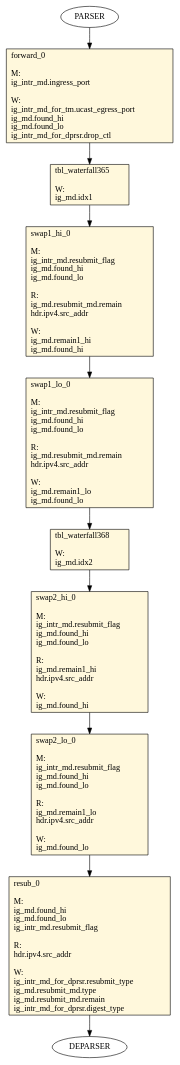
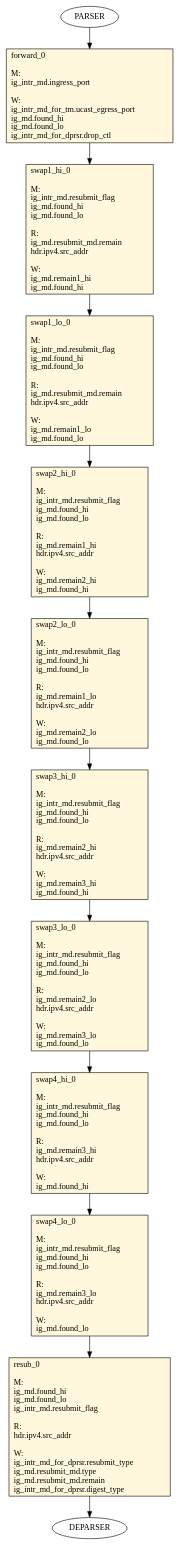
The diagram in waterfall-fcm-srctuple/waterfall_fcm/tofino/pipe/graphs/0_table_flow_graph_ingress.dot (joepboumans/waterfall-table), drawn with Graphviz before and after one commit. The commit also changed 37 other files, not shown here.

```diff
--- a/waterfall-fcm-srctuple/waterfall_fcm/tofino/pipe/graphs/0_table_flow_graph_ingress.dot
+++ b/waterfall-fcm-srctuple/waterfall_fcm/tofino/pipe/graphs/0_table_flow_graph_ingress.dot
@@ -1,87 +1,129 @@
 digraph ingress {
 forward_0 [ shape=record, style="filled", fillcolor=cornsilk, label="forward_0\l\l
 M:\l
  ig_intr_md.ingress_port\l
 \lW:\l
  ig_intr_md_for_tm.ucast_egress_port\l
  ig_md.found_hi\l
  ig_md.found_lo\l
  ig_intr_md_for_dprsr.drop_ctl\l
- "];
-tbl_waterfall365 [ shape=record, style="filled", fillcolor=cornsilk, label="tbl_waterfall365\l\l
-W:\l
- ig_md.idx1\l
  "];
 swap1_hi_0 [ shape=record, style="filled", fillcolor=cornsilk, label="swap1_hi_0\l\l
 M:\l
  ig_intr_md.resubmit_flag\l
  ig_md.found_hi\l
  ig_md.found_lo\l
 \lR:\l
  ig_md.resubmit_md.remain\l
  hdr.ipv4.src_addr\l
 \lW:\l
  ig_md.remain1_hi\l
  ig_md.found_hi\l
  "];
 swap1_lo_0 [ shape=record, style="filled", fillcolor=cornsilk, label="swap1_lo_0\l\l
 M:\l
  ig_intr_md.resubmit_flag\l
  ig_md.found_hi\l
  ig_md.found_lo\l
 \lR:\l
  ig_md.resubmit_md.remain\l
  hdr.ipv4.src_addr\l
 \lW:\l
  ig_md.remain1_lo\l
  ig_md.found_lo\l
  "];
-tbl_waterfall368 [ shape=record, style="filled", fillcolor=cornsilk, label="tbl_waterfall368\l\l
-W:\l
- ig_md.idx2\l
- "];
 swap2_hi_0 [ shape=record, style="filled", fillcolor=cornsilk, label="swap2_hi_0\l\l
 M:\l
  ig_intr_md.resubmit_flag\l
  ig_md.found_hi\l
  ig_md.found_lo\l
 \lR:\l
  ig_md.remain1_hi\l
  hdr.ipv4.src_addr\l
 \lW:\l
+ ig_md.remain2_hi\l
  ig_md.found_hi\l
  "];
 swap2_lo_0 [ shape=record, style="filled", fillcolor=cornsilk, label="swap2_lo_0\l\l
 M:\l
  ig_intr_md.resubmit_flag\l
  ig_md.found_hi\l
  ig_md.found_lo\l
 \lR:\l
  ig_md.remain1_lo\l
+ hdr.ipv4.src_addr\l
+\lW:\l
+ ig_md.remain2_lo\l
+ ig_md.found_lo\l
+ "];
+swap3_hi_0 [ shape=record, style="filled", fillcolor=cornsilk, label="swap3_hi_0\l\l
+M:\l
+ ig_intr_md.resubmit_flag\l
+ ig_md.found_hi\l
+ ig_md.found_lo\l
+\lR:\l
+ ig_md.remain2_hi\l
+ hdr.ipv4.src_addr\l
+\lW:\l
+ ig_md.remain3_hi\l
+ ig_md.found_hi\l
+ "];
+swap3_lo_0 [ shape=record, style="filled", fillcolor=cornsilk, label="swap3_lo_0\l\l
+M:\l
+ ig_intr_md.resubmit_flag\l
+ ig_md.found_hi\l
+ ig_md.found_lo\l
+\lR:\l
+ ig_md.remain2_lo\l
+ hdr.ipv4.src_addr\l
+\lW:\l
+ ig_md.remain3_lo\l
+ ig_md.found_lo\l
+ "];
+swap4_hi_0 [ shape=record, style="filled", fillcolor=cornsilk, label="swap4_hi_0\l\l
+M:\l
+ ig_intr_md.resubmit_flag\l
+ ig_md.found_hi\l
+ ig_md.found_lo\l
+\lR:\l
+ ig_md.remain3_hi\l
+ hdr.ipv4.src_addr\l
+\lW:\l
+ ig_md.found_hi\l
+ "];
+swap4_lo_0 [ shape=record, style="filled", fillcolor=cornsilk, label="swap4_lo_0\l\l
+M:\l
+ ig_intr_md.resubmit_flag\l
+ ig_md.found_hi\l
+ ig_md.found_lo\l
+\lR:\l
+ ig_md.remain3_lo\l
  hdr.ipv4.src_addr\l
 \lW:\l
  ig_md.found_lo\l
  "];
 resub_0 [ shape=record, style="filled", fillcolor=cornsilk, label="resub_0\l\l
 M:\l
  ig_md.found_hi\l
  ig_md.found_lo\l
  ig_intr_md.resubmit_flag\l
 \lR:\l
  hdr.ipv4.src_addr\l
 \lW:\l
  ig_intr_md_for_dprsr.resubmit_type\l
  ig_md.resubmit_md.type\l
  ig_md.resubmit_md.remain\l
  ig_intr_md_for_dprsr.digest_type\l
  "];
     PARSER -> forward_0
-    forward_0 -> tbl_waterfall365
-    tbl_waterfall365 -> swap1_hi_0
+    forward_0 -> swap1_hi_0
     swap1_hi_0 -> swap1_lo_0
-    swap1_lo_0 -> tbl_waterfall368
-    tbl_waterfall368 -> swap2_hi_0
+    swap1_lo_0 -> swap2_hi_0
     swap2_hi_0 -> swap2_lo_0
-    swap2_lo_0 -> resub_0
+    swap2_lo_0 -> swap3_hi_0
+    swap3_hi_0 -> swap3_lo_0
+    swap3_lo_0 -> swap4_hi_0
+    swap4_hi_0 -> swap4_lo_0
+    swap4_lo_0 -> resub_0
     resub_0 -> DEPARSER
 }
```
